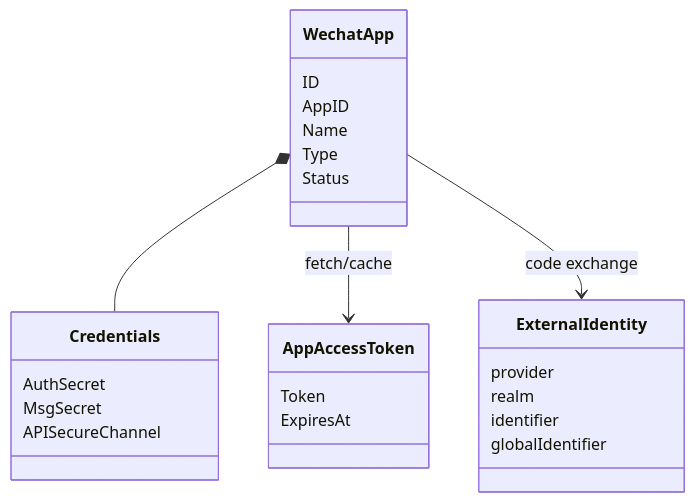
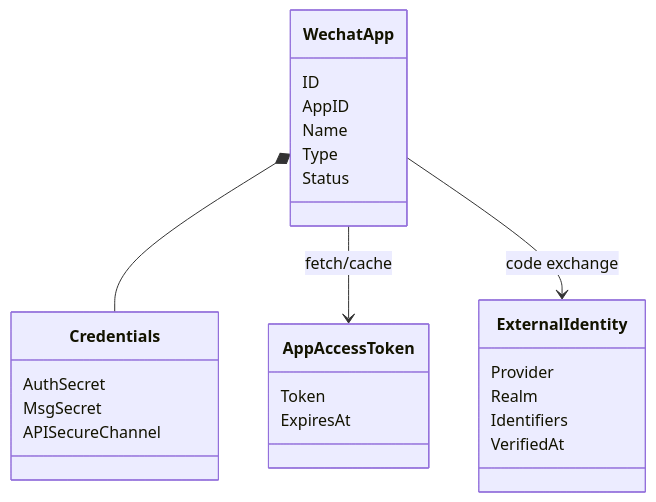
Before and after one commit to FangcunMount/iam: the first of 2 diagrams in docs/02-业务模块/04-IDP/00-模块总览.md, drawn with Mermaid. The commit also changed other lines of this file and 2 other files, not shown here.

Commit message:
docs(idp): document external identity boundary

````diff
--- a/docs/02-业务模块/04-IDP/00-模块总览.md
+++ b/docs/02-业务模块/04-IDP/00-模块总览.md
@@ -39,28 +39,28 @@
 ```mermaid
 classDiagram
     class WechatApp {
       ID
       AppID
       Name
       Type
       Status
     }
     class Credentials {
       AuthSecret
       MsgSecret
       APISecureChannel
     }
     class AppAccessToken {
       Token
       ExpiresAt
     }
     class ExternalIdentity {
-      provider
-      realm
-      identifier
-      globalIdentifier
+      Provider
+      Realm
+      Identifiers
+      VerifiedAt
     }
     WechatApp *-- Credentials
     WechatApp --> AppAccessToken : fetch/cache
     WechatApp --> ExternalIdentity : code exchange
 ```
````
